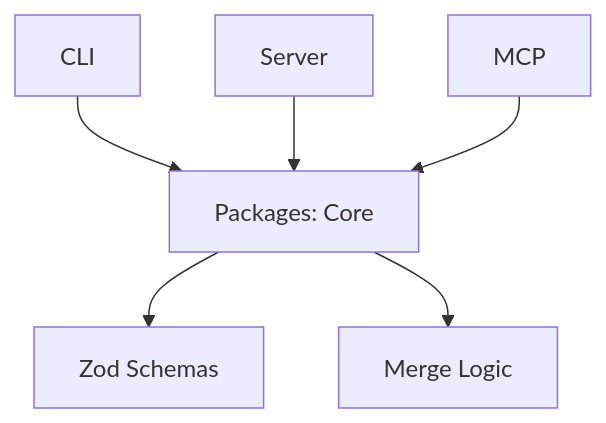
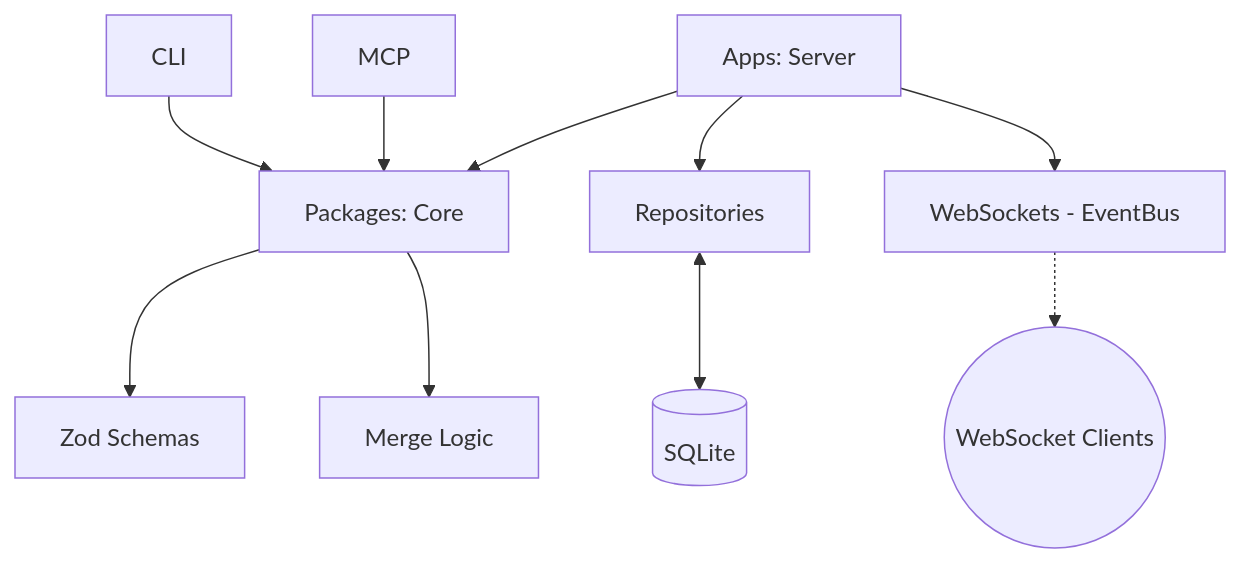
One commit to LoFi-Monk/github-project-management changed the diagram in .agent/docs/architecture/01-overview.md. Above: the diagram before and after it, drawn with Mermaid. The commit also changed other lines of this file and 36 other files, not shown here.

````diff
--- a/.agent/docs/architecture/01-overview.md
+++ b/.agent/docs/architecture/01-overview.md
@@ -39,8 +41,13 @@
 ```mermaid
 graph TD
     Core[Packages: Core] --> Schema[Zod Schemas]
     Core --> Merge[Merge Logic]
+    Server[Apps: Server] --> Core
+    Server --> Repo[Repositories]
+    Server --> WS[WebSockets - EventBus]
     CLI --> Core
-    Server --> Core
     MCP --> Core
+
+    WS -.-> Clients((WebSocket Clients))
+    Repo <--> DB[(SQLite)]
 ```
````
